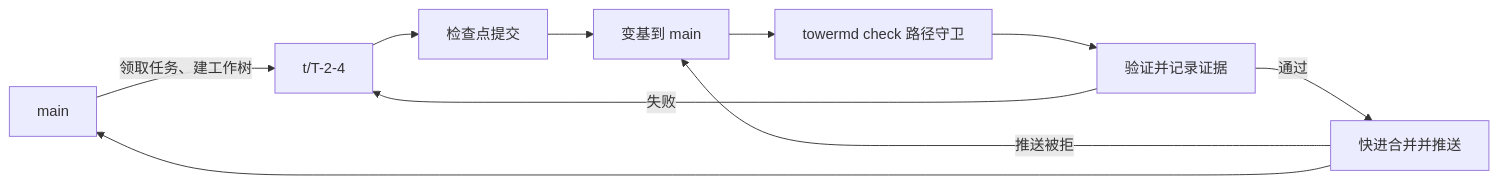
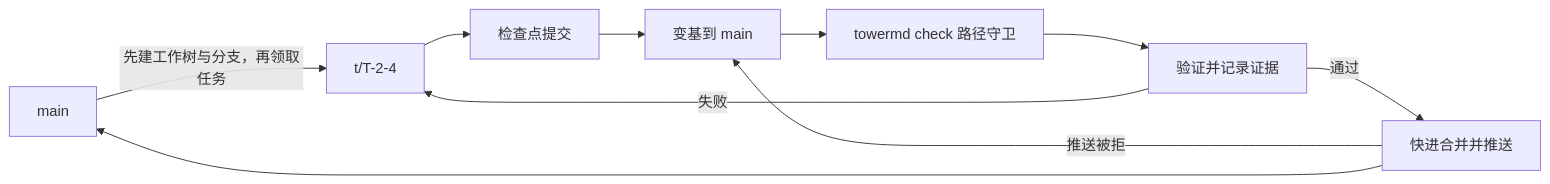
One commit to wizlijun/tower.md changed the third of 7 diagrams in docs/specs/2026-10-16-spec-towermd-layered-agent-canvas-mvp.md. Above: the diagram before and after it, drawn with Mermaid. The commit also changed other lines of this file and 2 other files, not shown here.

````diff
--- a/docs/specs/2026-10-16-spec-towermd-layered-agent-canvas-mvp.md
+++ b/docs/specs/2026-10-16-spec-towermd-layered-agent-canvas-mvp.md
@@ -604,12 +615,12 @@
 ```mermaid
 flowchart LR
-  M["main"] -->|"领取任务、建工作树"| T["t/T-2-4"]
+  M["main"] -->|"先建工作树与分支，再领取任务"| T["t/T-2-4"]
   T --> C["检查点提交"]
   C --> R["变基到 main"]
   R --> G["towermd check 路径守卫"]
   G --> V["验证并记录证据"]
   V -->|"通过"| F["快进合并并推送"]
   V -->|"失败"| T
   F -->|"推送被拒"| R
   F --> M
 ```
````
